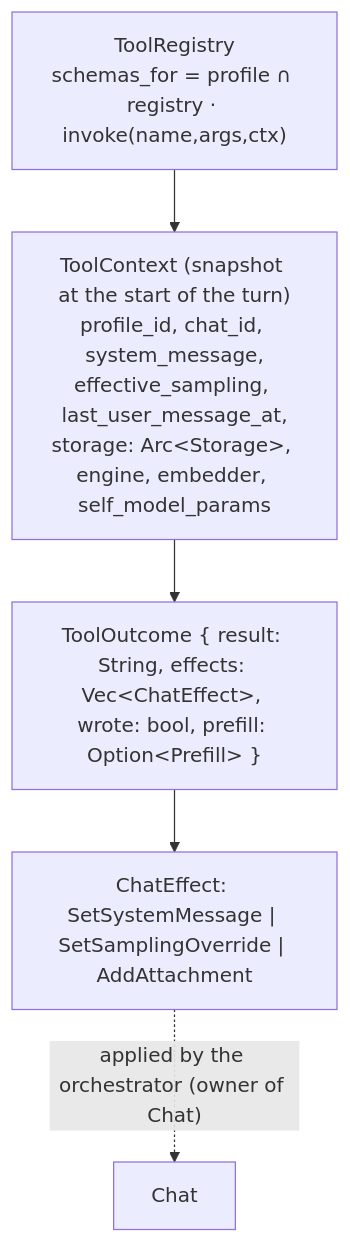
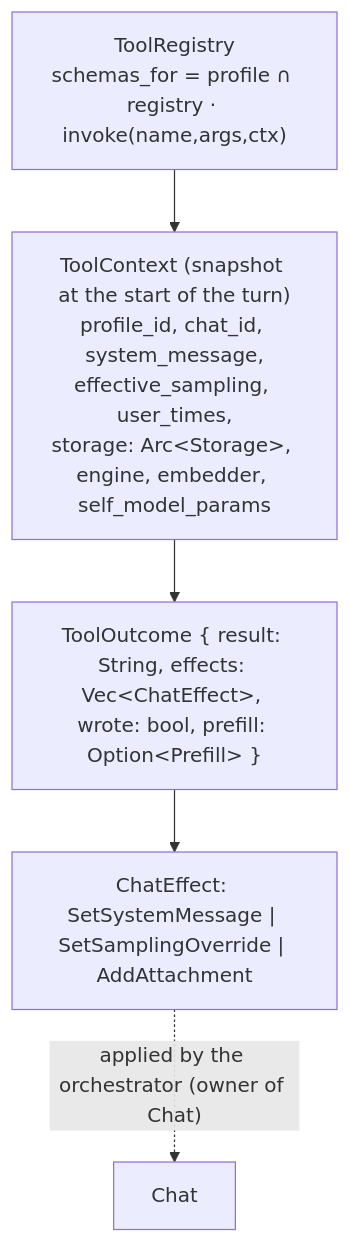
The tenth of 17 diagrams in docs/architecture.md (vshylov/mindfork-rs), drawn with Mermaid before and after one commit. The commit also changed other lines of this file and 43 other files, not shown here.

First line of the commit message:
feat(engine): the time row and the user's previous message — companion stage 1

````diff
--- a/docs/architecture.md
+++ b/docs/architecture.md
@@ -2757,12 +2770,12 @@
 ```mermaid
 flowchart TB
     REG["ToolRegistry<br/>schemas_for = profile ∩ registry · invoke(name,args,ctx)"]
-    CTX["ToolContext (snapshot at the start of the turn)<br/>profile_id, chat_id, system_message,<br/>effective_sampling, last_user_message_at,<br/>storage: Arc&lt;Storage&gt;, engine, embedder, self_model_params"]
+    CTX["ToolContext (snapshot at the start of the turn)<br/>profile_id, chat_id, system_message,<br/>effective_sampling, user_times,<br/>storage: Arc&lt;Storage&gt;, engine, embedder, self_model_params"]
     OUT["ToolOutcome { result: String, effects: Vec&lt;ChatEffect&gt;, wrote: bool, prefill: Option&lt;Prefill&gt; }"]
     EFF["ChatEffect: SetSystemMessage | SetSamplingOverride | AddAttachment"]
 
     REG --> CTX
     CTX --> OUT
     OUT --> EFF
     EFF -. "applied by the orchestrator (owner of Chat)" .-> ORCH["Chat"]
 ```
````
